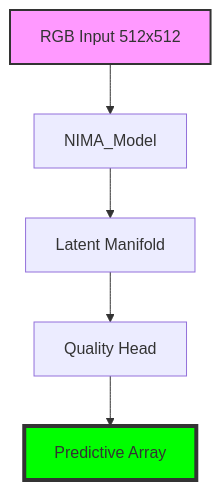
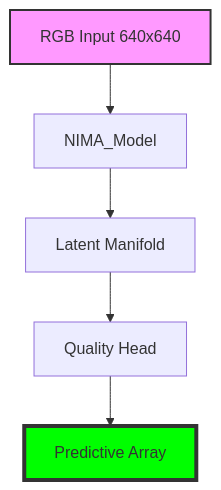
Before and after one commit to lemgenda/lemgendary-pretrained-models: the diagram in nima_aesthetic/README.md, drawn with Mermaid. The commit also changed other lines of this file and 5 other files, not shown here.

````diff
--- a/nima_aesthetic/README.md
+++ b/nima_aesthetic/README.md
@@ -17,10 +17,10 @@
 ```mermaid
 graph TD
-    Input[RGB Input 512x512] --> Backbone[NIMA_Model]
+    Input[RGB Input 640x640] --> Backbone[NIMA_Model]
     Backbone --> Manifold[Latent Manifold]
     Manifold --> Head[Quality Head]
     Head --> Output[Predictive Array]
     
     style Input fill:#f9f,stroke:#333,stroke-width:2px
     style Output fill:#00ff00,stroke:#333,stroke-width:4px
 ```
````
